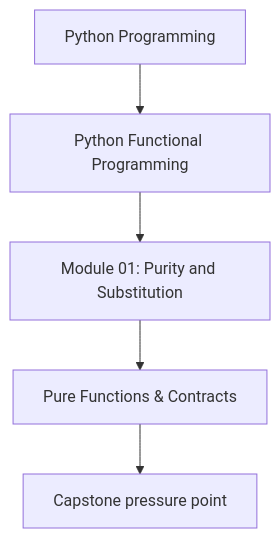
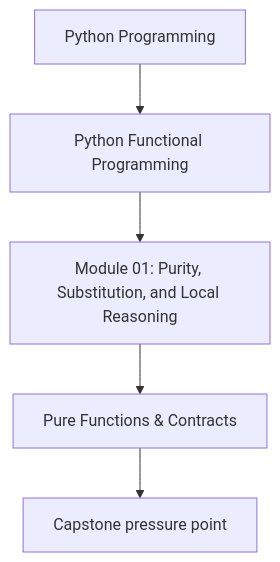
Before and after one commit to bijux/bijux-masterclass: the first of 2 diagrams in programs/python-programming/python-functional-programming/course-book/module-01-purity-and-substitution/pure-functions-and-contracts.md, drawn with Mermaid. The commit also changed 241 other files, not shown here.

````diff
--- a/programs/python-programming/python-functional-programming/course-book/module-01-purity-and-substitution/pure-functions-and-contracts.md
+++ b/programs/python-programming/python-functional-programming/course-book/module-01-purity-and-substitution/pure-functions-and-contracts.md
@@ -7,7 +7,7 @@
 ```mermaid
 flowchart TD
   family["Python Programming"] --> program["Python Functional Programming"]
-  program --> module["Module 01: Purity and Substitution"]
+  program --> module["Module 01: Purity, Substitution, and Local Reasoning"]
   module --> concept["Pure Functions & Contracts"]
   concept --> capstone["Capstone pressure point"]
 ```
````
